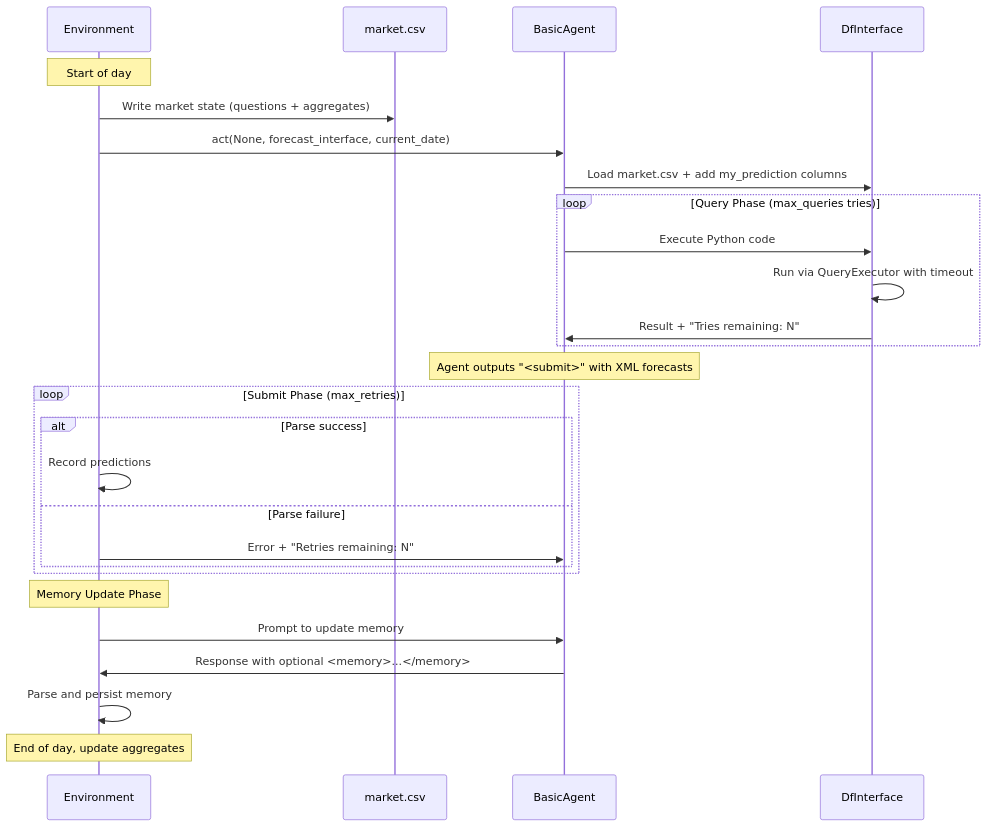
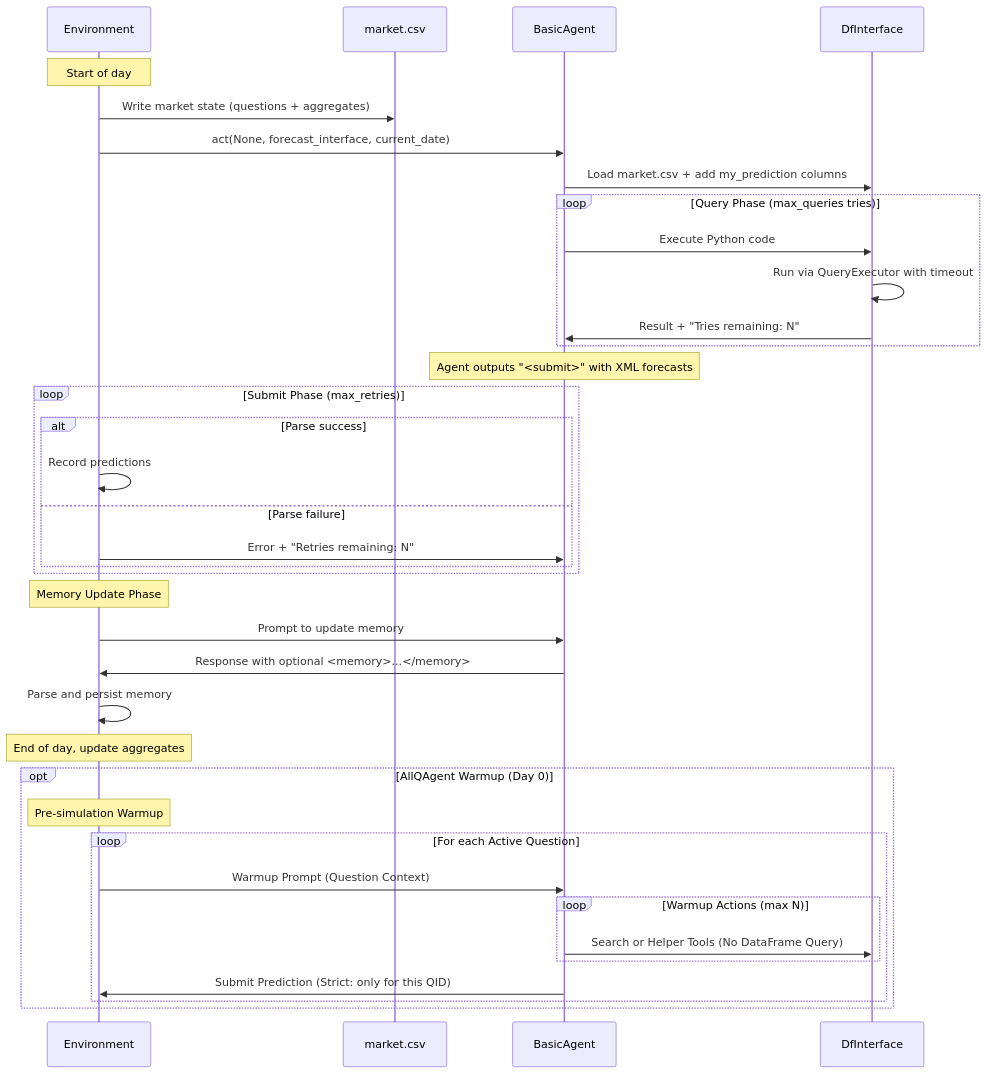
The diagram in notes/agent-forecast-interaction.md (OpenForecaster/futuresim), drawn with Mermaid before and after one commit. The commit also changed other lines of this file and 20 other files, not shown here.

````diff
--- a/notes/agent-forecast-interaction.md
+++ b/notes/agent-forecast-interaction.md
@@ -9,35 +9,46 @@
 ```mermaid
 sequenceDiagram
     participant Env as Environment
     participant CSV as market.csv
     participant Agent as BasicAgent
     participant DfI as DfInterface
     
     Note over Env: Start of day
     Env->>CSV: Write market state (questions + aggregates)
     Env->>Agent: act(None, forecast_interface, current_date)
     Agent->>DfI: Load market.csv + add my_prediction columns
     
     loop Query Phase (max_queries tries)
         Agent->>DfI: Execute Python code
         DfI->>DfI: Run via QueryExecutor with timeout
         DfI->>Agent: Result + "Tries remaining: N"
     end
     
     Note over Agent: Agent outputs "<submit>" with XML forecasts
     
     loop Submit Phase (max_retries)
         alt Parse success
             Env->>Env: Record predictions
         else Parse failure
             Env->>Agent: Error + "Retries remaining: N"
         end
     end
     
     Note over Env: Memory Update Phase
     Env->>Agent: Prompt to update memory
     Agent->>Env: Response with optional <memory>...</memory>
     Env->>Env: Parse and persist memory
     
     Note over Env: End of day, update aggregates
+
+    opt AllQAgent Warmup (Day 0)
+        Note over Env: Pre-simulation Warmup
+        loop For each Active Question
+            Env->>Agent: Warmup Prompt (Question Context)
+            loop Warmup Actions (max N)
+                Agent->>DfI: Search or Helper Tools (No DataFrame Query)
+            end
+            Agent->>Env: Submit Prediction (Strict: only for this QID)
+        end
+    end
 ```
````
